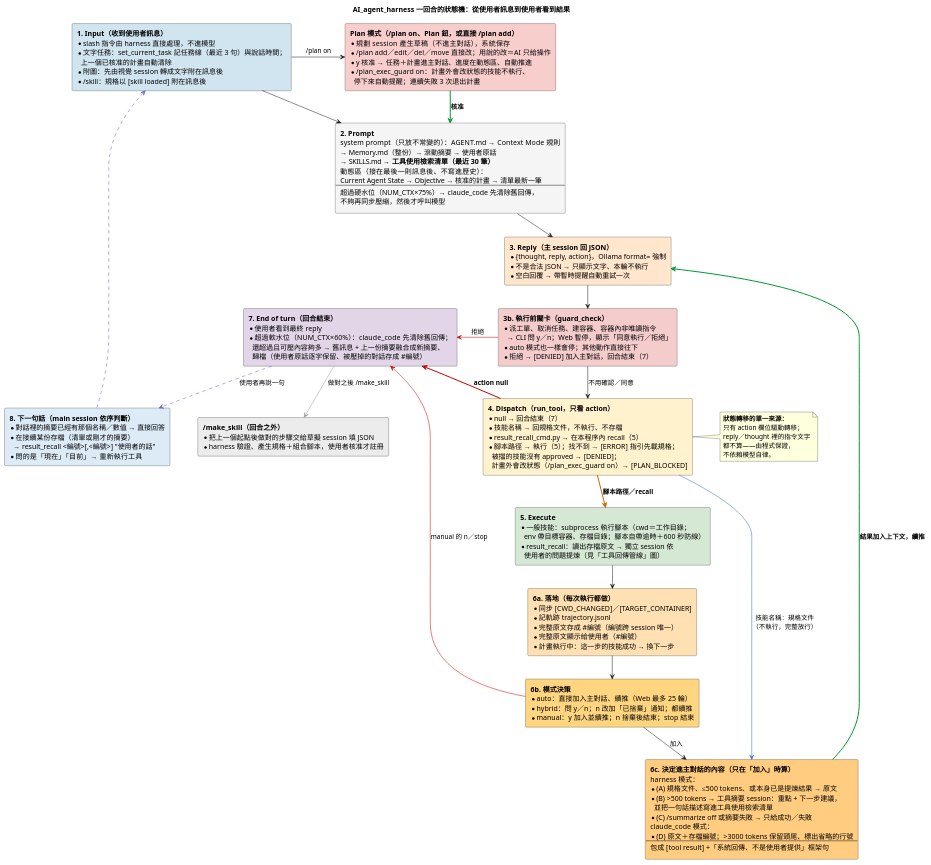
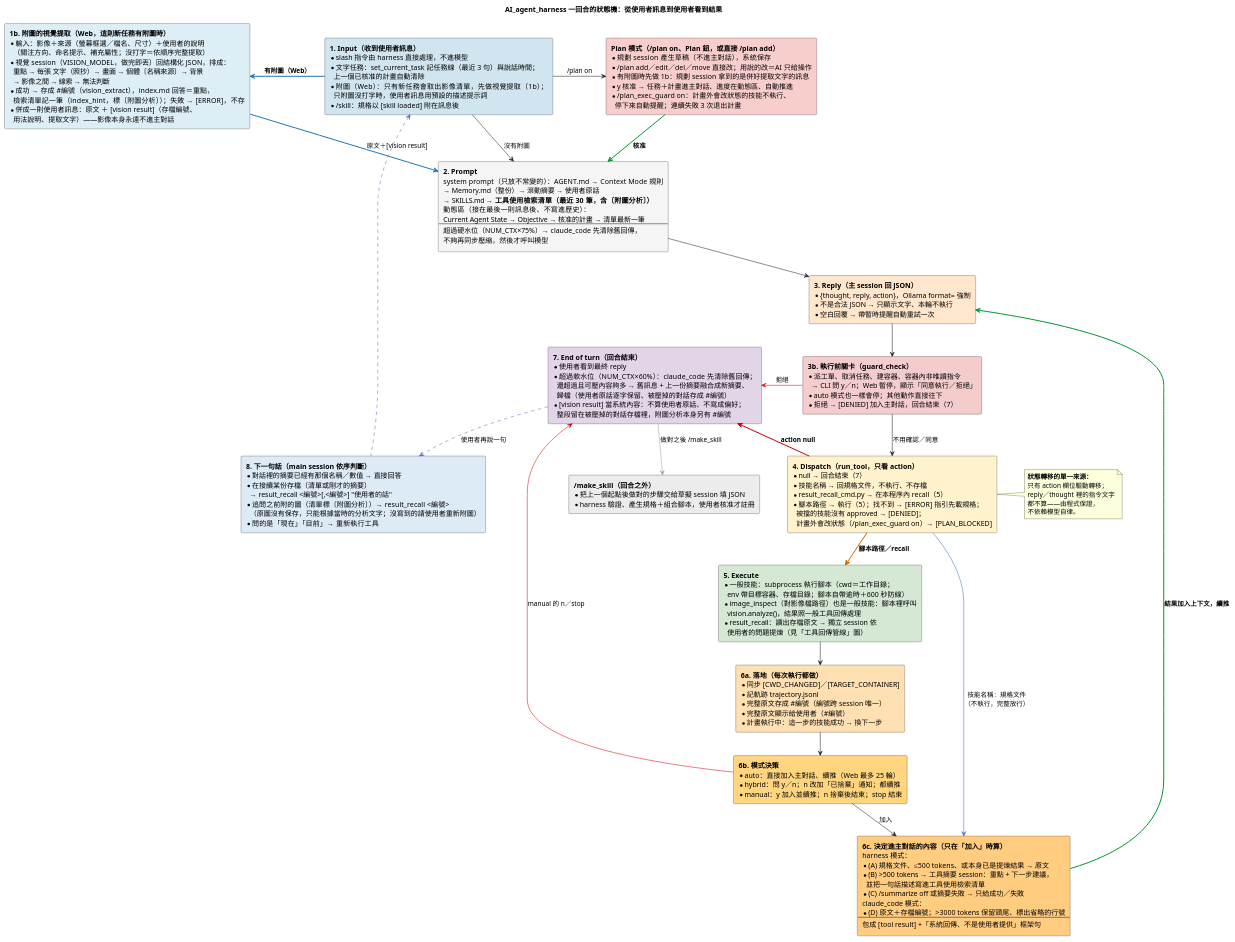
One commit to DavidZox/AI_agent_harness changed the diagram in doc/AI_agent_harness的狀態轉移.puml. Above: the diagram before and after it, drawn with PlantUML. The commit also changed 7 other files, not shown here.

```diff
--- a/doc/AI_agent_harness的狀態轉移.puml
+++ b/doc/AI_agent_harness的狀態轉移.puml
@@ -1,153 +1,176 @@
 @startuml
 ' --- 樣式精準控制 ---
 skinparam RectangleWidthMax 360
 skinparam ranksep 45
 skinparam nodesep 55
 skinparam shadowing false
 skinparam defaultFontName "Microsoft JhengHei"
 
 title AI_agent_harness 一回合的狀態機：從使用者訊息到使用者看到結果
 
 rectangle State1 #D1E5F0 [
   **1. Input（收到使用者訊息）**
   * slash 指令由 harness 直接處理，不進模型
   * 文字任務：set_current_task 記任務線（最近 3 句）與說話時間；
     上一個已核准的計畫自動清除
-  * 附圖：先由視覺 session 轉成文字附在訊息後
+  * 附圖（Web）：只有新任務會取出影像清單，先做視覺提取（1b）；
+    只附圖沒打字時，使用者訊息用預設的描述提示詞
   * /skill：規格以 [skill loaded] 附在訊息後
+]
+
+rectangle StateVision #DDEEF6 [
+  **1b. 附圖的視覺提取（Web，這則新任務有附圖時）**
+  * 輸入：影像＋來源（螢幕框選／檔名、尺寸）＋使用者的說明
+    （關注方向、命名提示、補充屬性；沒打字＝依順序完整提取）
+  * 視覺 session（VISION_MODEL，做完即丟）回結構化 JSON，排成：
+    重點 → 每張 文字（照抄）→ 畫面 → 個體〔名稱來源〕→ 背景
+    → 影像之間 → 線索 → 無法判斷
+  * 成功 → 存成 #編號（vision_extract），index.md 回答＝重點，
+    檢索清單記一筆（index_hint，標〔附圖分析〕）；失敗 → [ERROR]，不存
+  * 併成一則使用者訊息：原文 ＋ [vision result]（存檔編號、
+    用法說明、提取文字）——影像本身永遠不進主對話
 ]
 
 rectangle State2 #F5F5F5 [
   **2. Prompt**
   system prompt（只放不常變的）：AGENT.md → Context Mode 規則
   → Memory.md（整份）→ 滾動摘要 → 使用者原話
-  → SKILLS.md → **工具使用檢索清單（最近 30 筆）**
+  → SKILLS.md → **工具使用檢索清單（最近 30 筆，含〔附圖分析〕）**
   動態區（接在最後一則訊息後、不寫進歷史）：
   Current Agent State → Objective → 核准的計畫 → 清單最新一筆
   ----
   超過硬水位（NUM_CTX×75%）→ claude_code 先清除舊回傳，
   不夠再同步壓縮，然後才呼叫模型
 ]
 
 rectangle State3 #FFE6CC [
   **3. Reply（主 session 回 JSON）**
   * {thought, reply, action}，Ollama format= 強制
   * 不是合法 JSON → 只顯示文字、本輪不執行
   * 空白回覆 → 帶暫時提醒自動重試一次
 ]
 
 rectangle StateGuard #F4CCCC [
   **3b. 執行前關卡（guard_check）**
   * 派工單、取消任務、建容器、容器內非唯讀指令
     → CLI 問 y／n；Web 暫停，顯示「同意執行／拒絕」
   * auto 模式也一樣會停；其他動作直接往下
   * 拒絕 → [DENIED] 加入主對話，回合結束（7）
 ]
 
 rectangle State4 #FFF2CC [
   **4. Dispatch（run_tool，只看 action）**
   * null → 回合結束（7）
   * 技能名稱 → 回規格文件，不執行、不存檔
   * result_recall_cmd.py → 在本程序內 recall（5）
   * 腳本路徑 → 執行（5）；找不到 → [ERROR] 指引先載規格；
     被擋的技能沒有 approved → [DENIED]；
     計畫外會改狀態（/plan_exec_guard on）→ [PLAN_BLOCKED]
 ]
 
 rectangle State5 #D5E8D4 [
   **5. Execute**
   * 一般技能：subprocess 執行腳本（cwd＝工作目錄；
     env 帶目標容器、存檔目錄；腳本自帶逾時＋600 秒防線）
+  * image_inspect（對影像檔路徑）也是一般技能：腳本裡呼叫
+    vision.analyze()，結果照一般工具回傳處理
   * result_recall：讀出存檔原文 → 獨立 session 依
     使用者的問題提煉（見「工具回傳管線」圖）
 ]
 
 rectangle State6a #FFE0B2 [
   **6a. 落地（每次執行都做）**
   * 同步 [CWD_CHANGED]／[TARGET_CONTAINER]
   * 記軌跡 trajectory.jsonl
   * 完整原文存成 #編號（編號跨 session 唯一）
   * 完整原文顯示給使用者（#編號）
   * 計畫執行中：這一步的技能成功 → 換下一步
 ]
 
 rectangle State6b #FFD580 [
   **6b. 模式決策**
   * auto：直接加入主對話、續推（Web 最多 25 輪）
   * hybrid：問 y／n；n 改加「已捨棄」通知；都續推
   * manual：y 加入並續推；n 捨棄後結束；stop 結束
 ]
 
 rectangle State6c #FFCC80 [
   **6c. 決定進主對話的內容（只在「加入」時算）**
   harness 模式：
   * (A) 規格文件、≤500 tokens、或本身已是提煉結果 → 原文
   * (B) >500 tokens → 工具摘要 session：重點 + 下一步建議，
     並把一句話描述寫進工具使用檢索清單
   * (C) /summarize off 或摘要失敗 → 只給成功／失敗
   claude_code 模式：
   * (D) 原文＋存檔編號；>3000 tokens 保留頭尾、標出省略的行號
   ----
   包成 [tool result] +「系統回傳、不是使用者提供」框架句
 ]
 
 rectangle State7 #E1D5E7 [
   **7. End of turn（回合結束）**
   * 使用者看到最終 reply
   * 超過軟水位（NUM_CTX×60%）：claude_code 先清除舊回傳；
     還超過且可壓內容夠多 → 舊訊息 + 上一份摘要融合成新摘要、
     歸檔（使用者原話逐字保留、被壓掉的對話存成 #編號）
+  * [vision result] 當系統內容：不算使用者原話、不寫成偏好；
+    整段留在被壓掉的對話存檔裡，附圖分析本身另有 #編號
 ]
 
 rectangle State8 #DDEBF7 [
   **8. 下一句話（main session 依序判斷）**
   * 對話裡的摘要已經有那個名稱／數值 → 直接回答
   * 在接續某份存檔（清單或剛才的摘要）
     → result_recall <編號>[,<編號>] "使用者的話"
+  * 追問之前附的圖（清單標〔附圖分析〕）→ result_recall <編號>
+    （原圖沒有保存，只能根據當時的分析文字；沒寫到的請使用者重新附圖）
   * 問的是「現在」「目前」→ 重新執行工具
 ]
 
 rectangle StatePlan #F8CECC [
   **Plan 模式（/plan on、Plan 鈕，或直接 /plan add）**
   * 規劃 session 產生草稿（不進主對話），系統保存
   * /plan add／edit／del／move 直接改；用說的改＝AI 只給操作
+  * 有附圖時先做 1b：規劃 session 拿到的是併好提取文字的訊息
   * y 核准 → 任務＋計畫進主對話、進度在動態區、自動推進
   * /plan_exec_guard on：計畫外會改狀態的技能不執行、
     停下來自動提醒；連續失敗 3 次退出計畫
 ]
 
 rectangle StateSkill #ECECEC [
   **/make_skill（回合之外）**
   * 把上一個起點後做對的步驟交給草擬 session 填 JSON
   * harness 驗證、產生規格＋組合腳本，使用者核准才註冊
 ]
 
 ' --- 邏輯流向 ---
-State1 -down-> State2
+State1 -down-> State2 : 沒有附圖
+State1 -[#1F77B4,bold]left-> StateVision : **有附圖（Web）**
+StateVision -[#1F77B4,bold]down-> State2 : 原文＋[vision result]
 State2 -down-> State3
 State3 -down-> StateGuard
 StateGuard -down-> State4 : 不用確認／同意
 StateGuard -[#CC0000]left-> State7 : 拒絕
 State4 -[#CC6600,bold]down-> State5 : **腳本路徑／recall**
 State4 -[#3366CC]right-> State6c : 技能名稱：規格文件\n（不執行，完整放行）
 State5 -down-> State6a
 State6a -down-> State6b
 State6b -down-> State6c : 加入
 State6c -[#009933,bold]up-> State3 : **結果加入上下文，續推**
 State4 -[#CC0000,bold]left-> State7 : **action null**
 State6b -[#CC0000]left-> State7 : manual 的 n／stop
 State7 -[#6A5ACD,dashed]down-> State8 : 使用者再說一句
 State8 -[#6A5ACD,dashed]up-> State1
 State1 -right-> StatePlan : /plan on
 StatePlan -[#009933,bold]down-> State2 : **核准**
 State7 -[#999999]down-> StateSkill : 做對之後 /make_skill
 
 note right of State4
   **狀態轉移的單一來源：**
   只有 action 欄位驅動轉移；
   reply／thought 裡的指令文字
   都不算——由程式保證，
   不依賴模型自律。
 end note
 
 @enduml
```
